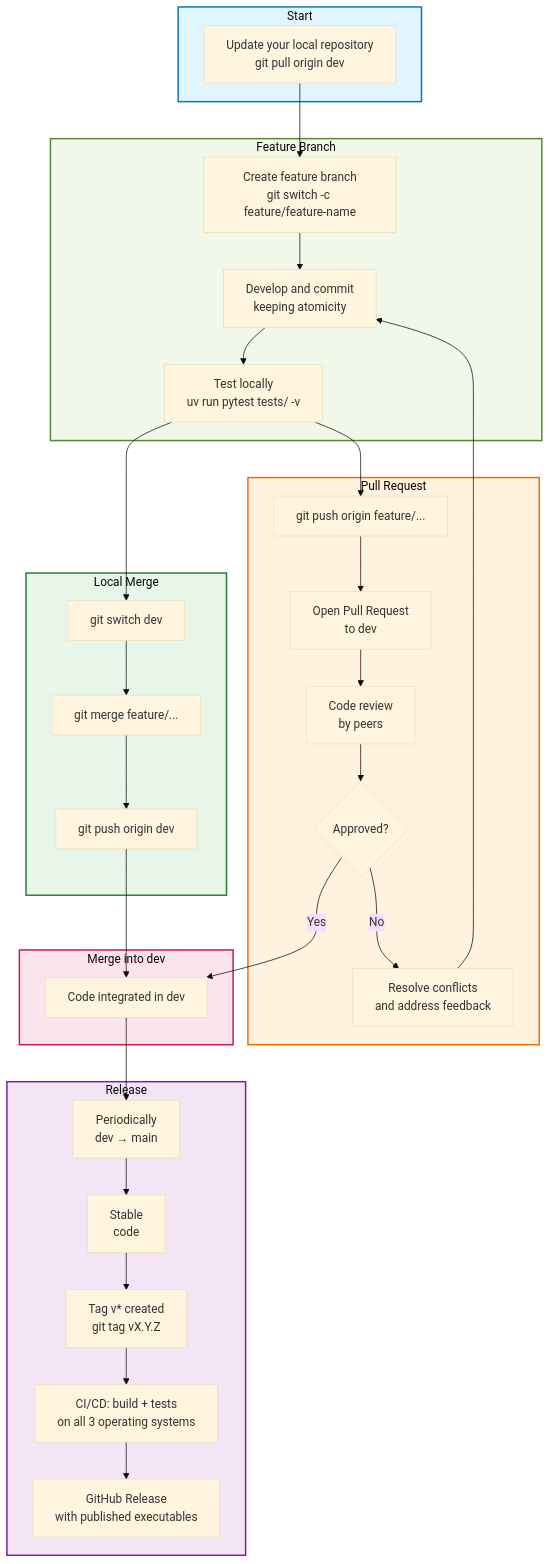
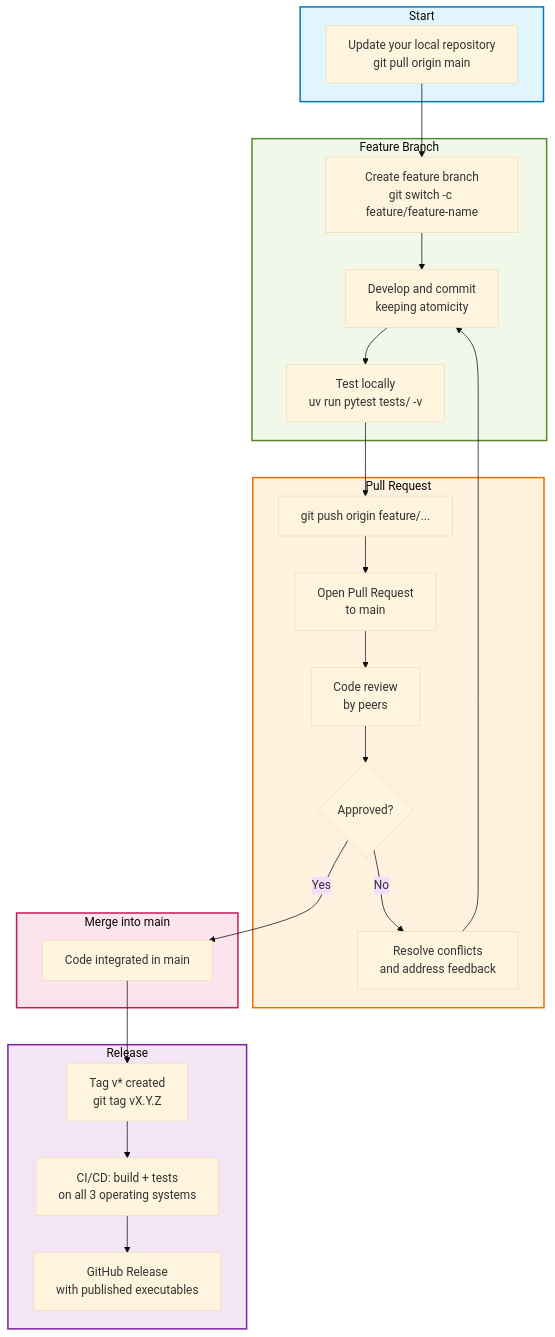
The first of 2 diagrams in CONTRIBUTING.md (petrobras/marlim3), drawn with Mermaid (base theme) before and after one commit. The commit also changed other lines of this file, not shown here.

````diff
--- a/CONTRIBUTING.md
+++ b/CONTRIBUTING.md
@@ -238,65 +236,50 @@
 ```mermaid
 flowchart TB
     subgraph Start[Start]
-        A[Update your local repository<br/>git pull origin dev]
+        A[Update your local repository<br/>git pull origin main]
     end
 
     subgraph Feature[Feature Branch]
         B[Create feature branch<br/>git switch -c feature/feature-name]
         C[Develop and commit<br/>keeping atomicity]
         D[Test locally<br/>uv run pytest tests/ -v]
     end
 
     subgraph PR[Pull Request]
         E[git push origin feature/...]
-        F[Open Pull Request<br/>to dev]
+        F[Open Pull Request<br/>to main]
         G[Code review<br/>by peers]
         H{Approved?}
         I[Resolve conflicts<br/>and address feedback]
     end
 
-    subgraph MergeLocal[Local Merge]
-        ML1[git switch dev]
-        ML2[git merge feature/...]
-        ML3[git push origin dev]
-    end
-
-    subgraph Merge[Merge into dev]
-        J[Code integrated in dev]
+    subgraph Merge[Merge into main]
+        J[Code integrated in main]
     end
 
     subgraph Release[Release]
-        K[Periodically<br/>dev → main]
-        L[Stable<br/>code]
-        M[Tag v* created<br/>git tag vX.Y.Z]
-        N[CI/CD: build + tests<br/>on all 3 operating systems]
-        O[GitHub Release<br/>with published executables]
+        K[Tag v* created<br/>git tag vX.Y.Z]
+        L[CI/CD: build + tests<br/>on all 3 operating systems]
+        M[GitHub Release<br/>with published executables]
     end
 
     A --> B
     B --> C
     C --> D
     D --> E
-    D --> ML1
     E --> F
     F --> G
     G --> H
     H -->|No| I
     I --> C
     H -->|Yes| J
-    ML1 --> ML2
-    ML2 --> ML3
-    ML3 --> J
     J --> K
     K --> L
     L --> M
-    M --> N
-    N --> O
 
     style Start fill:#e1f5fe,stroke:#0277bd,stroke-width:2px
     style Feature fill:#f1f8e9,stroke:#558b2f,stroke-width:2px
     style PR fill:#fff3e0,stroke:#ef6c00,stroke-width:2px
-    style MergeLocal fill:#e8f5e9,stroke:#2e7d32,stroke-width:2px
     style Merge fill:#fce4ec,stroke:#c2185b,stroke-width:2px
     style Release fill:#f3e5f5,stroke:#7b1fa2,stroke-width:2px
 ```
````
